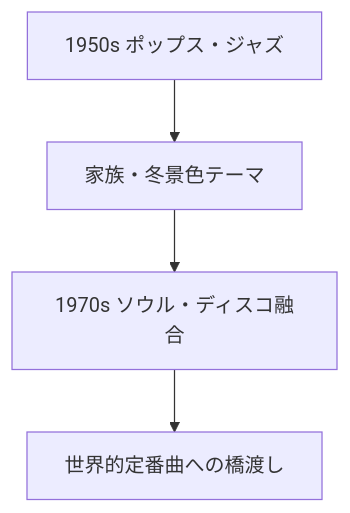
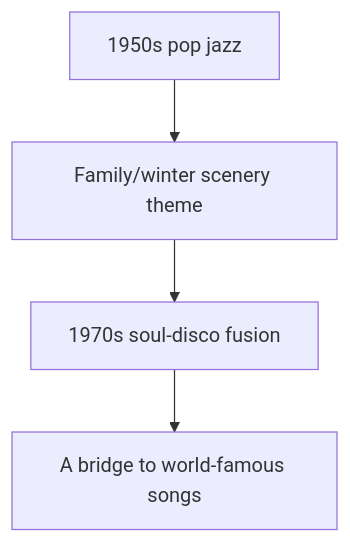
One commit to monumental-movement/monumental-movement.github.io changed the second of 6 diagrams in en/_posts/2025-11-16-column-christmas-songs-history.md. Above: the diagram before and after it, drawn with Mermaid. The commit also changed other lines of this file and 152 other files, not shown here.

```diff
--- a/en/_posts/2025-11-16-column-christmas-songs-history.md
+++ b/en/_posts/2025-11-16-column-christmas-songs-history.md
@@ -95,8 +95,8 @@
 <div class="mermaid">
 
 graph TD
-A[1950s ポップス・ジャズ] --> B[家族・冬景色テーマ]
-B --> C[1970s ソウル・ディスコ融合]
-C --> D[世界的定番曲への橋渡し]
+A[1950s pop jazz] --> B[Family/winter scenery theme]
+B --> C[1970s soul-disco fusion]
+C --> D[A bridge to world-famous songs]
 
 </div>
```
